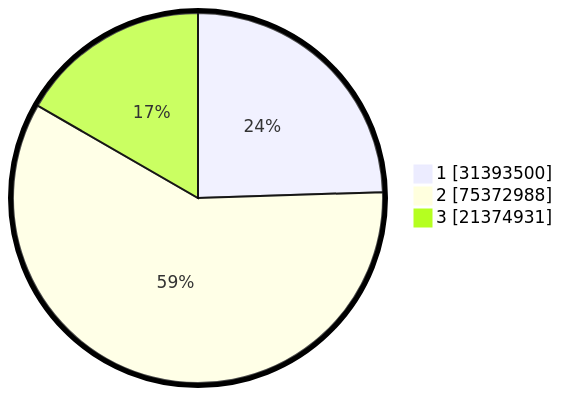
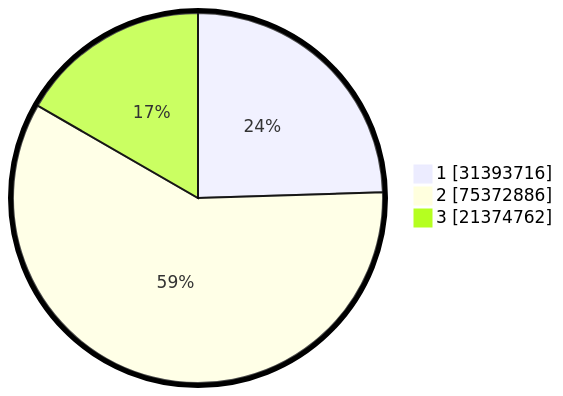
Before and after one commit to gigit-pemilu/pemilu-2024: the second of 2 diagrams in pilpres/hitung-suara/README.md, drawn with Mermaid. The commit also changed other lines of this file and 10 other files, not shown here.

````diff
--- a/pilpres/hitung-suara/README.md
+++ b/pilpres/hitung-suara/README.md
@@ -93,7 +93,7 @@
 ```mermaid
 %%{init: {"pie": {"textPosition": 0.5}, "themeVariables": {"pieOuterStrokeWidth": "5px"}} }%%
 pie showData
-    "1" : 31393500
-    "2" : 75372988
-    "3" : 21374931
+    "1" : 31393716
+    "2" : 75372886
+    "3" : 21374762
 ```
````
